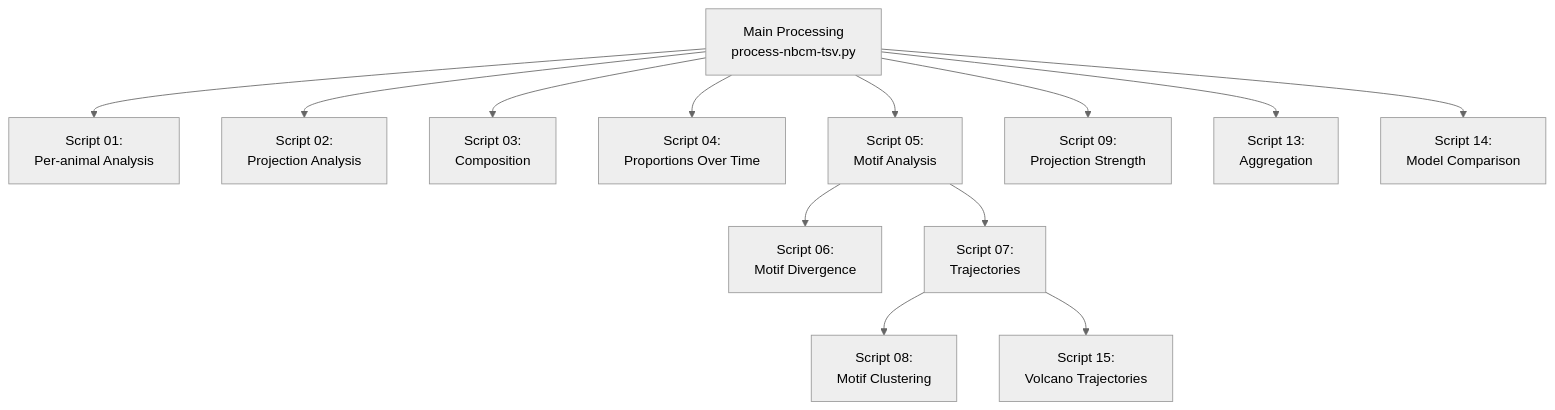
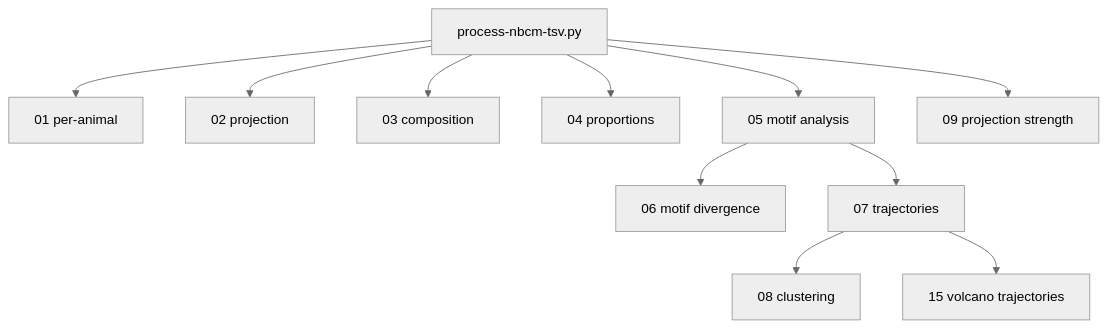
Before and after one commit to Kim-Neuroscience-Lab/mapseq_processing_kimlab: the diagram in Official Documentation/chapters/07_Helper_Scripts.md, drawn with Mermaid (neutral theme). The commit also changed other lines of this file and 52 other files, not shown here.

````diff
--- a/Official Documentation/chapters/07_Helper_Scripts.md
+++ b/Official Documentation/chapters/07_Helper_Scripts.md
@@ -9,15 +23,13 @@
 ```mermaid
 flowchart TD
-    Main[Main Processing<br/>process-nbcm-tsv.py] --> S01[Script 01:<br/>Per-animal Analysis]
-    Main --> S02[Script 02:<br/>Projection Analysis]
-    Main --> S03[Script 03:<br/>Composition]
-    Main --> S04[Script 04:<br/>Proportions Over Time]
-    Main --> S05[Script 05:<br/>Motif Analysis]
-    S05 --> S06[Script 06:<br/>Motif Divergence]
-    S05 --> S07[Script 07:<br/>Trajectories]
-    S07 --> S08[Script 08:<br/>Motif Clustering]
-    S07 --> S15[Script 15:<br/>Volcano Trajectories]
-    Main --> S09[Script 09:<br/>Projection Strength]
-    Main --> S13[Script 13:<br/>Aggregation]
-    Main --> S14[Script 14:<br/>Model Comparison]
+    Main[process-nbcm-tsv.py] --> S01[01 per-animal]
+    Main --> S02[02 projection]
+    Main --> S03[03 composition]
+    Main --> S04[04 proportions]
+    Main --> S05[05 motif analysis]
+    S05 --> S06[06 motif divergence]
+    S05 --> S07[07 trajectories]
+    S07 --> S08[08 clustering]
+    S07 --> S15[15 volcano trajectories]
+    Main --> S09[09 projection strength]
 ```
````
